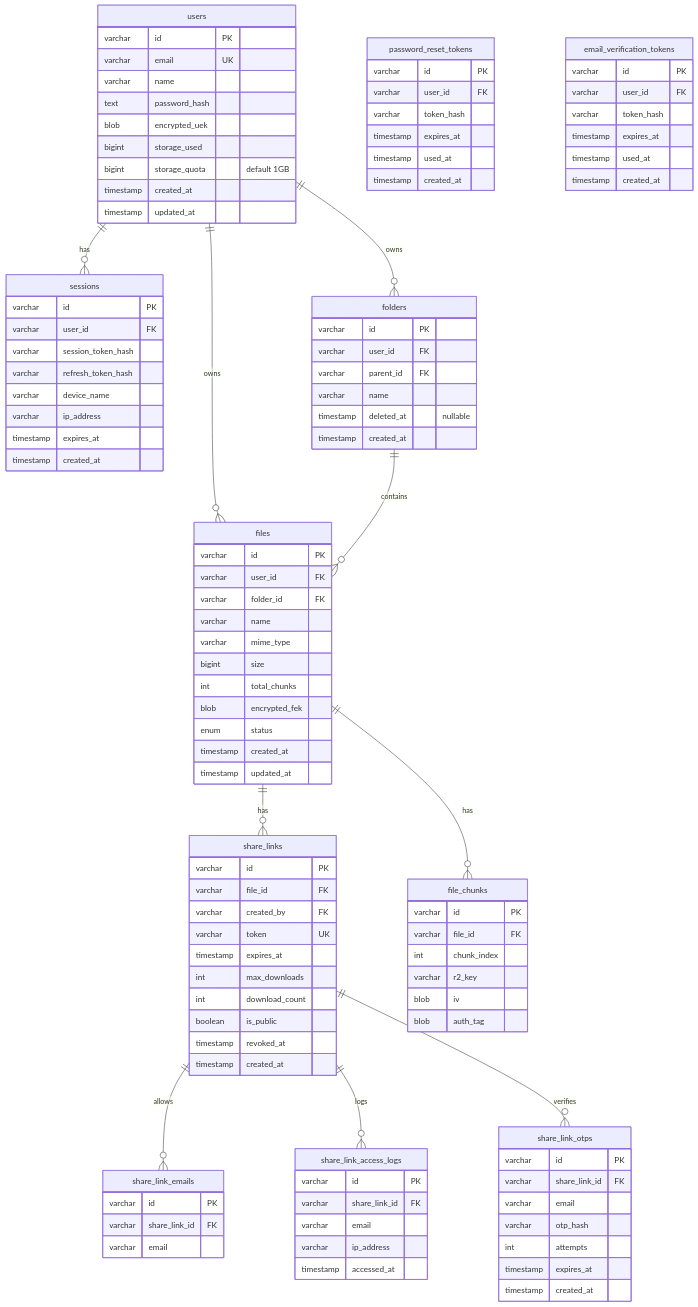
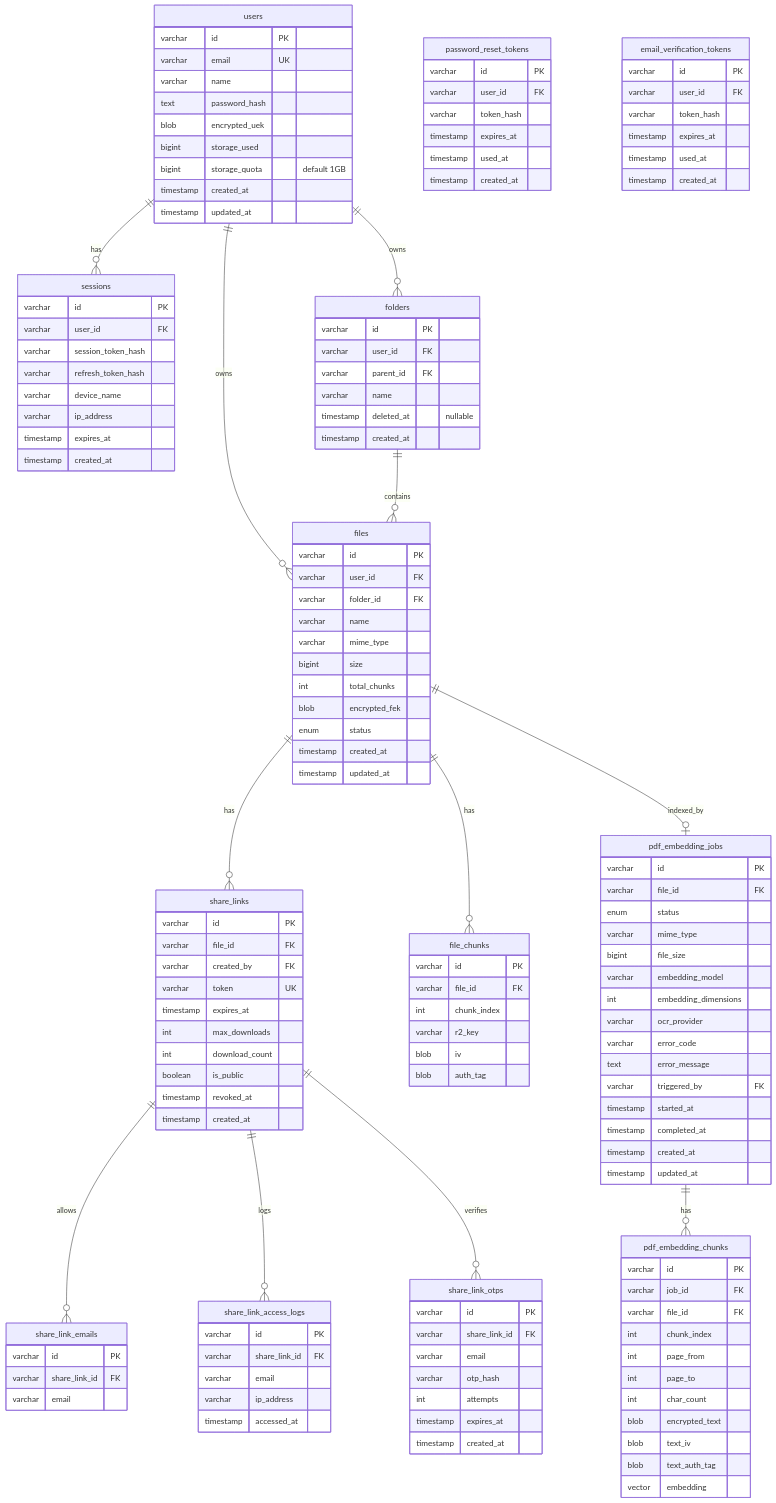
Before and after one commit to MariaDB-Hackathon-MY-2026/securevault: the eighth of 15 diagrams in implementation_plan.md, drawn with Mermaid. The commit also changed other lines of this file and 16 other files, not shown here.

```diff
--- a/implementation_plan.md
+++ b/implementation_plan.md
@@ -400,6 +474,8 @@
     share_links ||--o{ share_link_otps : verifies
     folders ||--o{ files : contains
     files ||--o{ file_chunks : has
+    files ||--o| pdf_embedding_jobs : indexed_by
+    pdf_embedding_jobs ||--o{ pdf_embedding_chunks : has
 
     users {
         varchar id PK
@@ -454,6 +530,38 @@
         varchar r2_key
         blob iv
         blob auth_tag
+    }
+
+    pdf_embedding_jobs {
+        varchar id PK
+        varchar file_id FK
+        enum status
+        varchar mime_type
+        bigint file_size
+        varchar embedding_model
+        int embedding_dimensions
+        varchar ocr_provider
+        varchar error_code
+        text error_message
+        varchar triggered_by FK
+        timestamp started_at
+        timestamp completed_at
+        timestamp created_at
+        timestamp updated_at
+    }
+
+    pdf_embedding_chunks {
+        varchar id PK
+        varchar job_id FK
+        varchar file_id FK
+        int chunk_index
+        int page_from
+        int page_to
+        int char_count
+        blob encrypted_text
+        blob text_iv
+        blob text_auth_tag
+        vector embedding
     }
 
     share_links {
```
